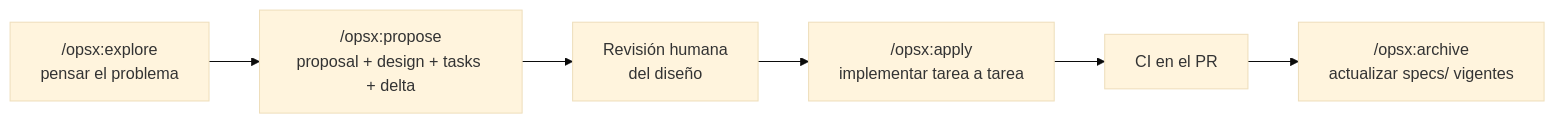
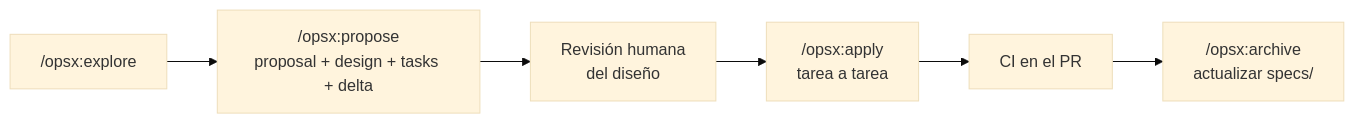
Before and after one commit to Mapeldorf/JuniorTrainer: the eighth of 10 diagrams in capstone/juniortrainer-capstone.md, drawn with Mermaid (base theme). The commit also changed other lines of this file and 3 other files, not shown here.

````diff
--- a/capstone/juniortrainer-capstone.md
+++ b/capstone/juniortrainer-capstone.md
@@ -1966,8 +1100,8 @@
 ```mermaid
 flowchart LR
-    A["/opsx:explore<br/>pensar el problema"] --> B["/opsx:propose<br/>proposal + design + tasks + delta"]
+    A["/opsx:explore"] --> B["/opsx:propose<br/>proposal + design + tasks + delta"]
     B --> C["Revisión humana<br/>del diseño"]
-    C --> D["/opsx:apply<br/>implementar tarea a tarea"]
+    C --> D["/opsx:apply<br/>tarea a tarea"]
     D --> E["CI en el PR"]
-    E --> F["/opsx:archive<br/>actualizar specs/ vigentes"]
+    E --> F["/opsx:archive<br/>actualizar specs/"]
 ```
````
